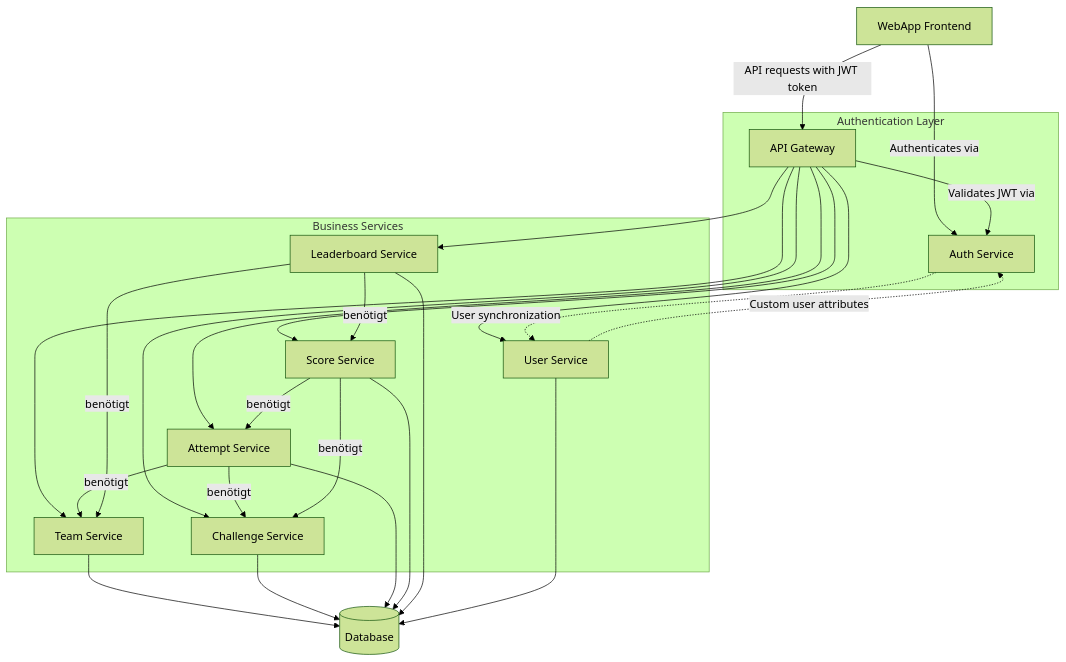
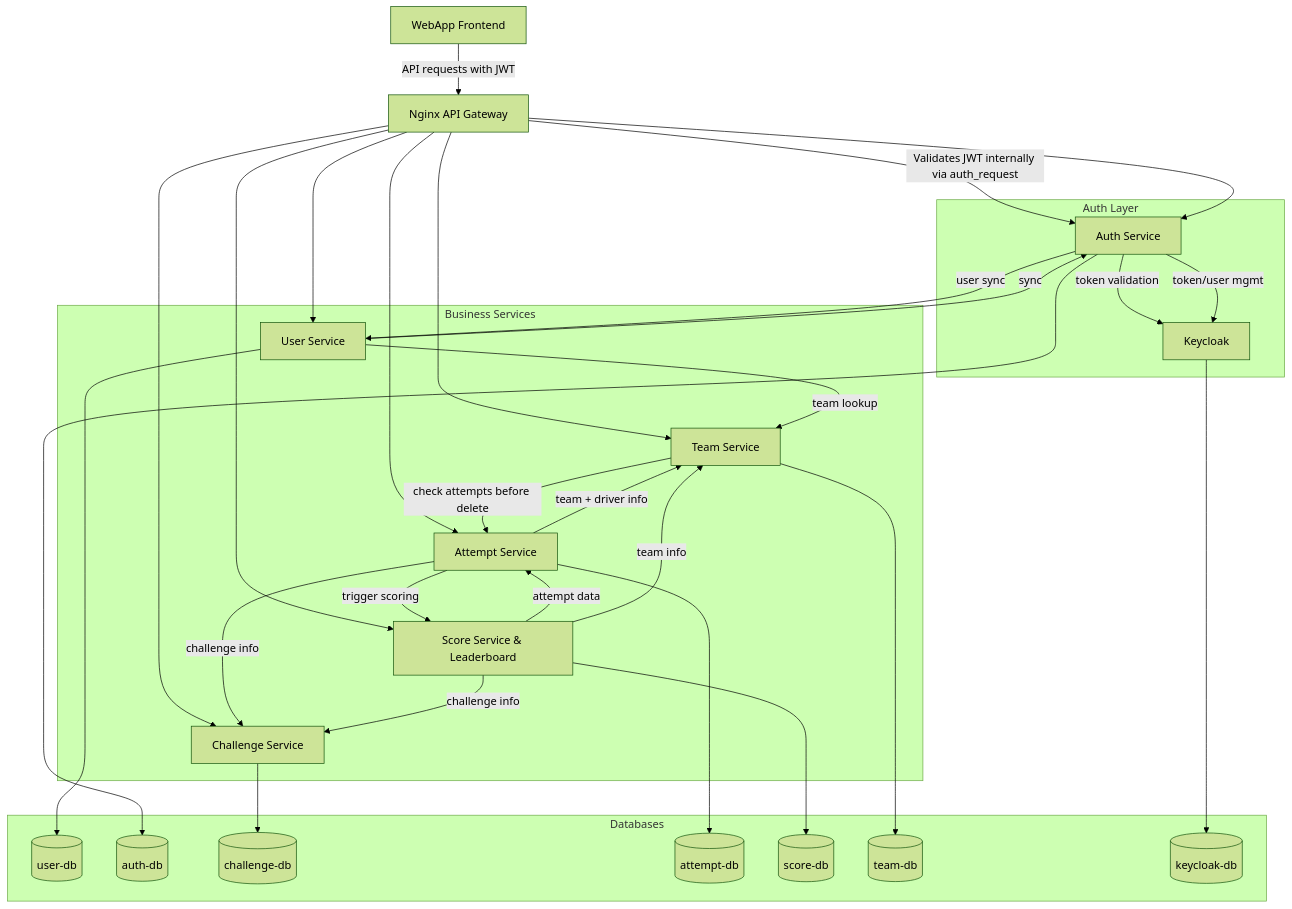
The diagram in zec_api/docs/architecture/system-design.md (Gluraki/ZECxtend), drawn with Mermaid (forest theme) before and after one commit. The commit also changed 1 other file, not shown here.

Commit message:
update system design

````diff
--- a/zec_api/docs/architecture/system-design.md
+++ b/zec_api/docs/architecture/system-design.md
@@ -1,47 +1,61 @@
 ```mermaid
 flowchart TD
-    A[WebApp Frontend] -->|Authenticates via| K[Auth Service]
-    
-    A -->|API requests with JWT token| B[API Gateway]
-    
-    B -->|Validates JWT via| K
-    
-    B --> C1[Team Service]
-    B --> C2[Challenge Service]
-    B --> C3[Attempt Service]
-    B --> C4[Score Service]
-    B --> C5[Leaderboard Service]
-    B --> C6[User Service]
-    
-    C1 --> D[(Database)]
-    C2 --> D
-    C3 --> D
-    C4 --> D
-    C5 --> D
-    C6 --> D
-    
-    C3 -->|benötigt| C1
-    C3 -->|benötigt| C2
-    C4 -->|benötigt| C3
-    C4 -->|benötigt| C2
-    C5 -->|benötigt| C4
-    C5 -->|benötigt| C1
-    
-    K -.->|User synchronization| C6
-    C6 -.->|Custom user attributes| K
-    
-    %% Authentication flows
-    subgraph "Authentication Layer"
-        K
-        B
+    A[WebApp Frontend] -->|API requests with JWT| B[Nginx API Gateway]
+    B -->|Validates JWT internally via auth_request| AS[Auth Service]
+    AS -->|token validation| KC[Keycloak]
+
+    B --> US[User Service]
+    B --> CS[Challenge Service]
+    B --> ATS[Attempt Service]
+    B --> SS[Score Service & Leaderboard]
+    B --> TS[Team Service]
+    B --> AS
+
+    US --> US_DB[(user-db)]
+    AS --> AS_DB[(auth-db)]
+    CS --> CS_DB[(challenge-db)]
+    ATS --> ATS_DB[(attempt-db)]
+    SS --> SS_DB[(score-db)]
+    TS --> TS_DB[(team-db)]
+    KC --> KC_DB[(keycloak-db)]
+
+    %% Inter-service HTTP calls
+    US -->|sync| AS
+    US -->|team lookup| TS
+
+    AS -->|user sync| US
+    AS -->|token/user mgmt| KC
+
+    ATS -->|trigger scoring| SS
+    ATS -->|team + driver info| TS
+    ATS -->|challenge info| CS
+
+    SS -->|attempt data| ATS
+    SS -->|team info| TS
+    SS -->|challenge info| CS
+
+    TS -->|check attempts before delete| ATS
+
+    subgraph "Auth Layer"
+        KC
+        AS
     end
-    
+
     subgraph "Business Services"
-        C1
-        C2
-        C3
-        C4
-        C5
-        C6
+        US
+        CS
+        ATS
+        SS
+        TS
+    end
+
+    subgraph "Databases"
+        US_DB
+        AS_DB
+        CS_DB
+        ATS_DB
+        SS_DB
+        TS_DB
+        KC_DB
     end
 ```
````
